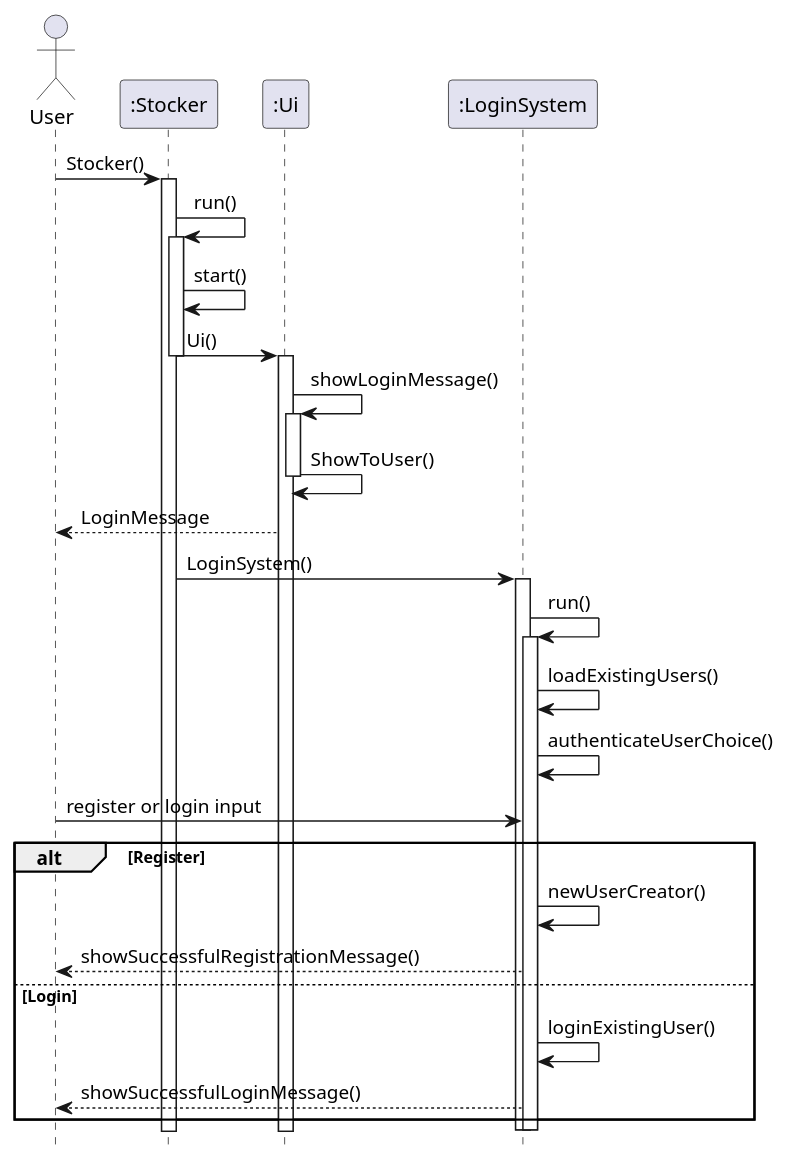
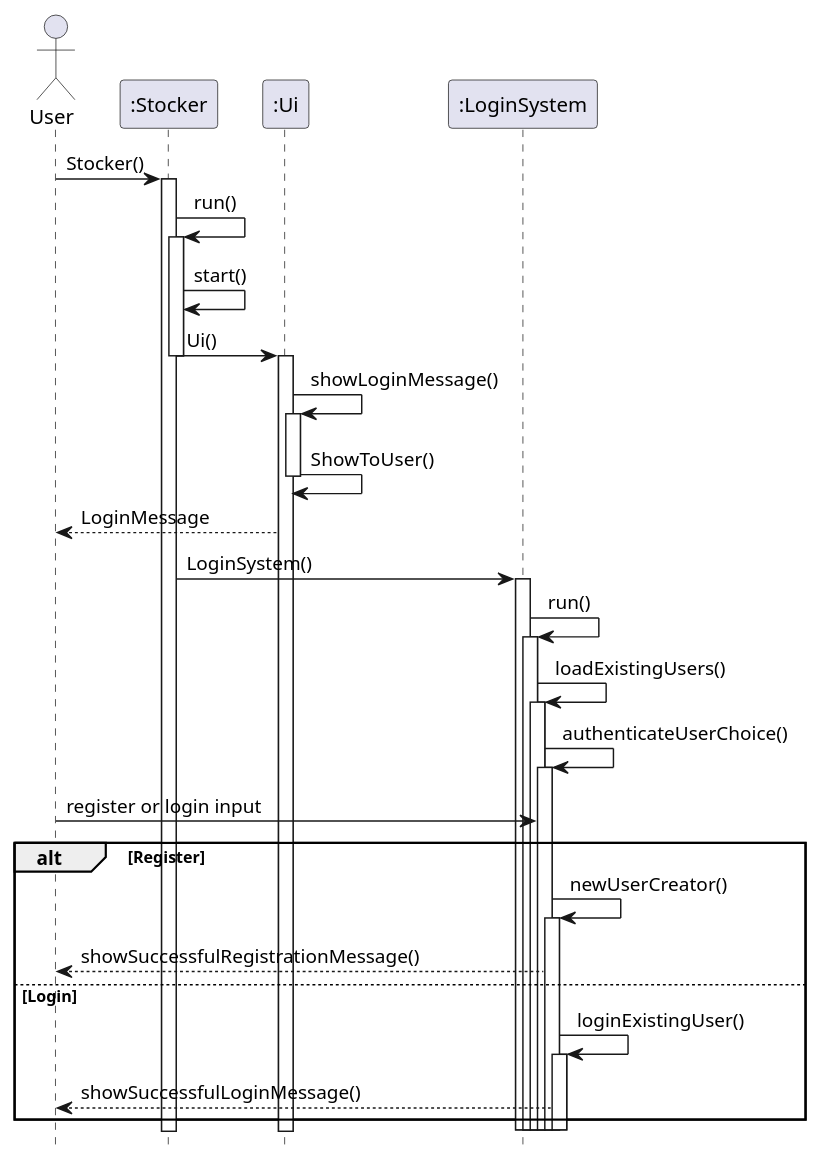
One commit to nus-cs2113-AY2324S1/tp changed the diagram in docs/UML Diagrams/StockerToLoginSystem.puml. Above: the diagram before and after it, drawn with PlantUML. The commit also changed 2 other files, not shown here.

Commit message:
Update UML Diagram and PPP

```diff
--- a/docs/UML Diagrams/StockerToLoginSystem.puml
+++ b/docs/UML Diagrams/StockerToLoginSystem.puml
@@ -1,47 +1,59 @@
 @startuml
 'https://plantuml.com/sequence-diagram
 
 hide footbox
 actor User
 Participant ":Stocker" as Stocker
 Participant ":Ui" as Ui
 Participant ":LoginSystem" as LoginSystem
 
 User -> Stocker :  Stocker()
 activate Stocker
 Stocker -> Stocker : run()
 activate Stocker
 Stocker -> Stocker :start()
 Stocker -> Ui :  Ui()
 deactivate Stocker
 
 activate Ui
 Ui -> Ui : showLoginMessage()
 activate Ui
 Ui -> Ui : ShowToUser()
 deactivate Ui
 Ui --> User : LoginMessage
 
 Stocker -> LoginSystem :LoginSystem()
 activate LoginSystem
 LoginSystem -> LoginSystem : run()
 activate LoginSystem
 LoginSystem -> LoginSystem : loadExistingUsers()
+activate LoginSystem
 LoginSystem -> LoginSystem: authenticateUserChoice()
+activate LoginSystem
 User -> LoginSystem : register or login input
 
 alt  Register
 
 LoginSystem -> LoginSystem : newUserCreator()
+activate LoginSystem
 LoginSystem --> User : showSuccessfulRegistrationMessage()
 
 else Login
 LoginSystem ->LoginSystem : loginExistingUser()
+activate LoginSystem
 LoginSystem --> User: showSuccessfulLoginMessage()
 
 end
 deactivate LoginSystem
 
 deactivate LoginSystem
 
+deactivate LoginSystem
+
+deactivate LoginSystem
+
+deactivate LoginSystem
+
+deactivate LoginSystem
+
 @enduml
```
